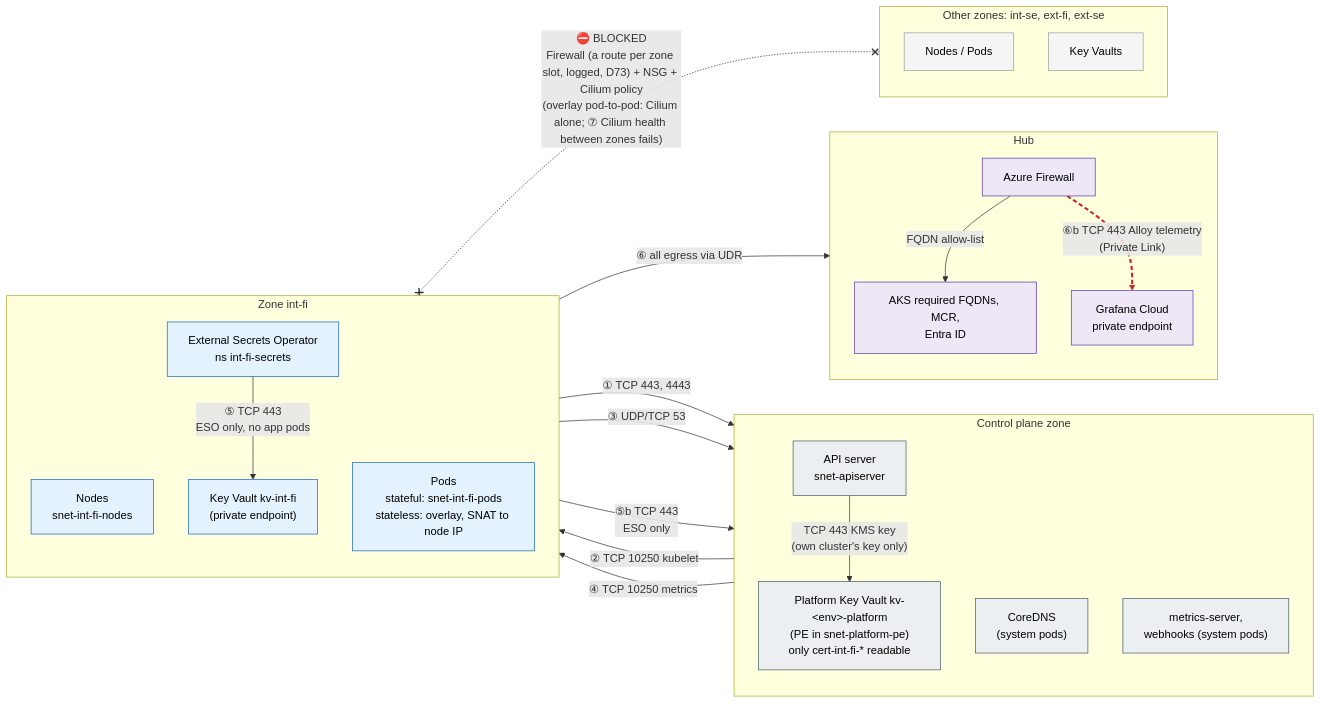
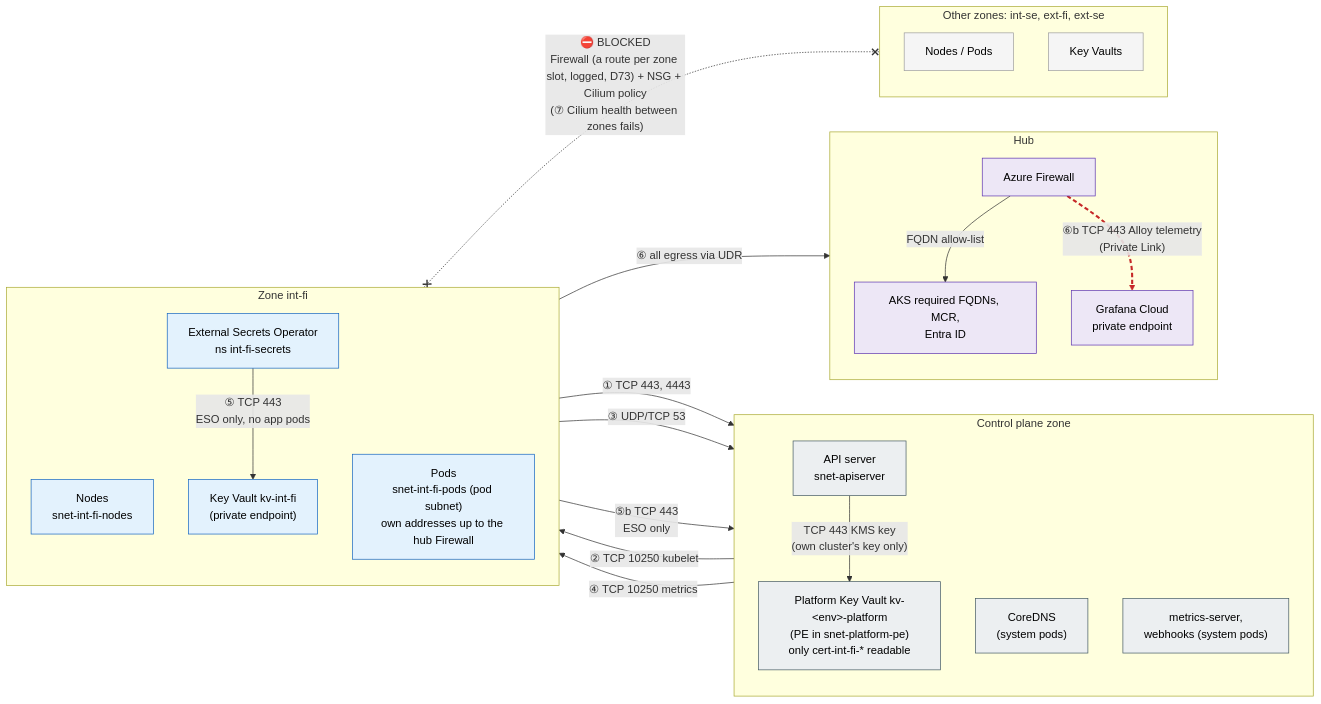
Before and after one commit to onek8s/onek8s.github.io: the diagram in diagrams/2.4-allowed-flows.mmd, drawn with Mermaid. The commit also changed 56 other files, not shown here.

First line of the commit message:
Design v2.0: one cell network (pod subnet), no AKS Automatic, one lab cell (#97)

```diff
--- a/diagrams/2.4-allowed-flows.mmd
+++ b/diagrams/2.4-allowed-flows.mmd
@@ -1,54 +1,54 @@
 %% Mandatory flows (numbered) for one workload zone; everything else between zones is blocked.
 %% The same pattern repeats for every zone; only the zone's own Key Vault and Gateway differ.
 flowchart LR
     subgraph CP["Control plane zone"]
         direction TB
         api["API server<br/>snet-apiserver"]
         dns["CoreDNS<br/>(system pods)"]
         ms["metrics-server,<br/>webhooks (system pods)"]
         pkv["Platform Key Vault kv-&lt;env&gt;-platform<br/>(PE in snet-platform-pe)<br/>only cert-int-fi-* readable"]
     end
 
     subgraph Z["Zone int-fi"]
         direction TB
         n["Nodes<br/>snet-int-fi-nodes"]
-        p["Pods<br/>stateful: snet-int-fi-pods<br/>stateless: overlay, SNAT to node IP"]
+        p["Pods<br/>snet-int-fi-pods (pod subnet)<br/>own addresses up to the hub Firewall"]
         eso["External Secrets Operator<br/>ns int-fi-secrets"]
         kv["Key Vault kv-int-fi<br/>(private endpoint)"]
     end
 
     subgraph H["Hub"]
         direction TB
         fw["Azure Firewall"]
         azure["AKS required FQDNs, MCR,<br/>Entra ID"]
         gpe["Grafana Cloud<br/>private endpoint"]
     end
 
     subgraph O["Other zones: int-se, ext-fi, ext-se"]
         direction TB
         on["Nodes / Pods"]
         okv["Key Vaults"]
     end
 
     n -->|"① TCP 443, 4443"| api
     api -->|"② TCP 10250 kubelet"| n
     p -->|"③ UDP/TCP 53"| dns
     ms -->|"④ TCP 10250 metrics"| n
     eso -->|"⑤ TCP 443<br/>ESO only, no app pods"| kv
     eso -->|"⑤b TCP 443<br/>ESO only"| pkv
     api -->|"TCP 443 KMS key<br/>(own cluster's key only)"| pkv
     Z -->|"⑥ all egress via UDR"| fw
     fw -->|"FQDN allow-list"| azure
     fw -->|"⑥b TCP 443 Alloy telemetry<br/>(Private Link)"| gpe
-    Z x-.-x|"⛔ BLOCKED<br/>Firewall (a route per zone slot, logged, D73) + NSG + Cilium policy<br/>(overlay pod-to-pod: Cilium alone; ⑦ Cilium health between zones fails)"| O
+    Z x-.-x|"⛔ BLOCKED<br/>Firewall (a route per zone slot, logged, D73) + NSG + Cilium policy<br/>(⑦ Cilium health between zones fails)"| O
 
     linkStyle 9 stroke:#c62828,stroke-width:3px,stroke-dasharray:6 4
 
     classDef cp fill:#eceff1,stroke:#455a64,color:#000
     classDef int fill:#e3f2fd,stroke:#1565c0,color:#000
     classDef other fill:#f5f5f5,stroke:#9e9e9e,color:#000
     classDef hub fill:#ede7f6,stroke:#5e35b1,color:#000
     class api,dns,ms,pkv cp
     class n,p,eso,kv int
     class on,okv other
     class fw,azure,gpe hub
```
